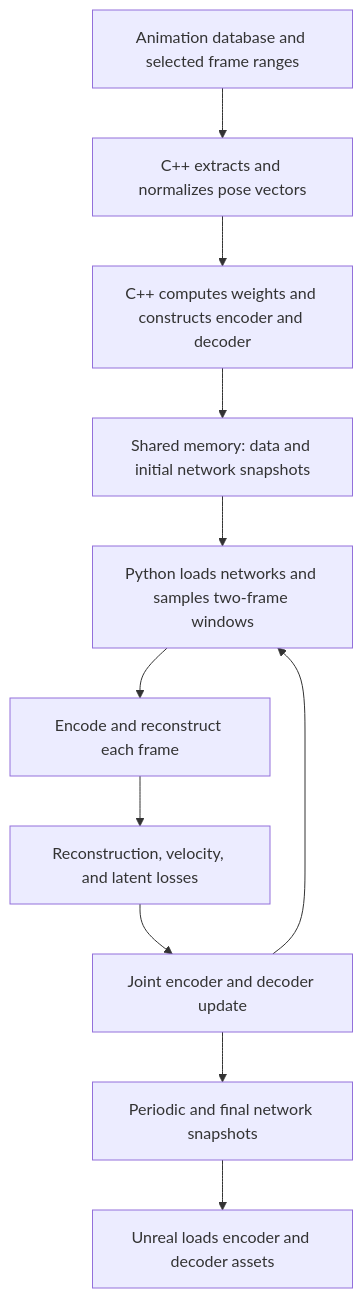
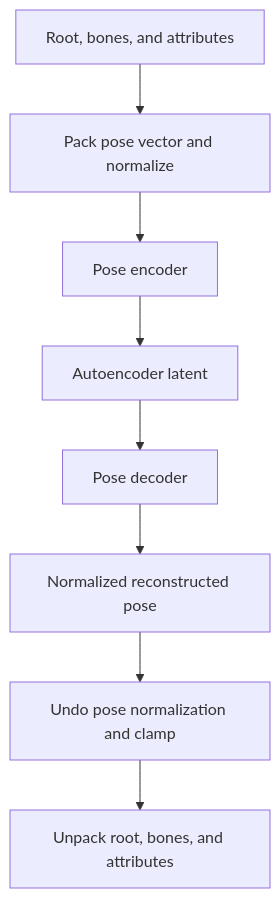
The diagram in tutorial/train-autoencoder-workflow.md (weiyi-boynextdoor/train_anim_gen), drawn with Mermaid before and after one commit. The commit also changed other lines of this file and 3 other files, not shown here.

````diff
--- a/tutorial/train-autoencoder-workflow.md
+++ b/tutorial/train-autoencoder-workflow.md
@@ -9,13 +20,10 @@
 ```mermaid
 flowchart TD
-    A[Animation database and selected frame ranges] --> B[C++ extracts and normalizes pose vectors]
-    B --> C[C++ computes weights and constructs encoder and decoder]
-    C --> D[Shared memory: data and initial network snapshots]
-    D --> E[Python loads networks and samples two-frame windows]
-    E --> F[Encode and reconstruct each frame]
-    F --> G[Reconstruction, velocity, and latent losses]
-    G --> H[Joint encoder and decoder update]
-    H --> E
-    H --> I[Periodic and final network snapshots]
-    I --> J[Unreal loads encoder and decoder assets]
+    A[Root, bones, and attributes] --> B[Pack pose vector and normalize]
+    B --> C[Pose encoder]
+    C --> D[Autoencoder latent]
+    D --> E[Pose decoder]
+    E --> F[Normalized reconstructed pose]
+    F --> G[Undo pose normalization and clamp]
+    G --> H[Unpack root, bones, and attributes]
 ```
````
